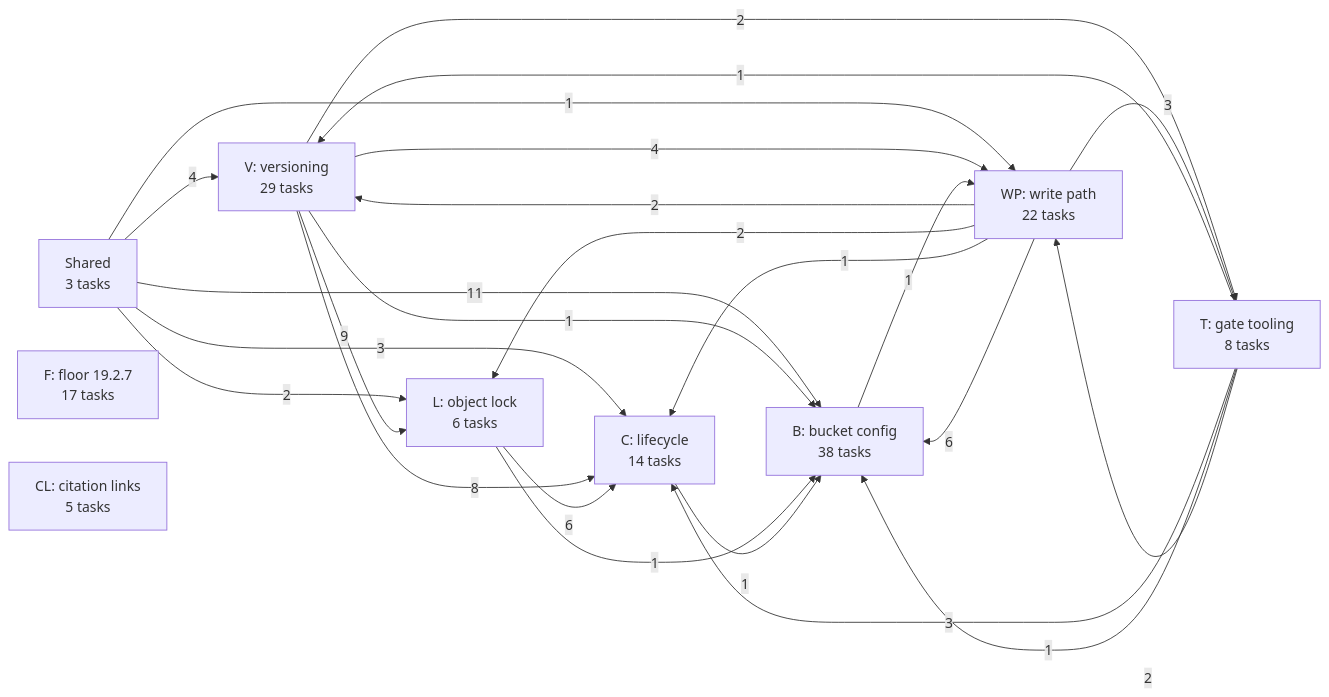
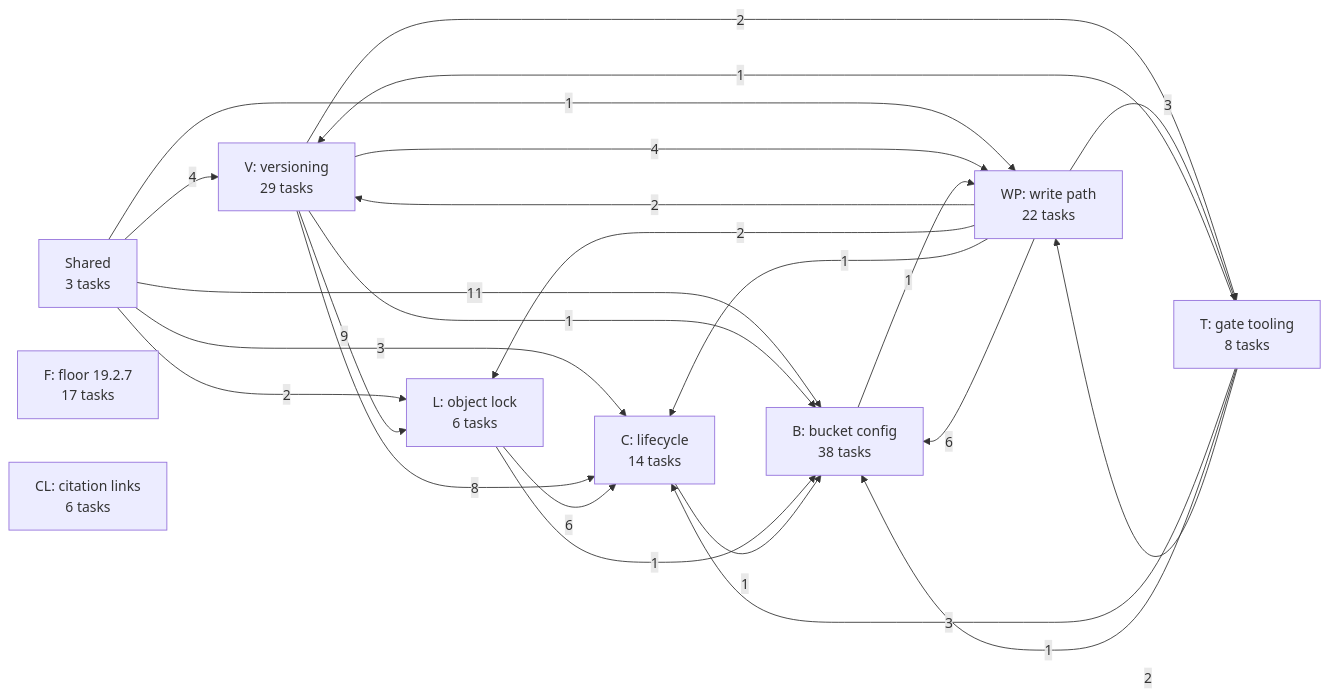
One commit to jhoblitt/rgw-go changed the first of 10 diagrams in docs/superpowers/plans/2026-10-13-phase-2/dependencies.md. Above: the diagram before and after it, drawn with Mermaid. The commit also changed other lines of this file, not shown here.

Commit message:
docs(plan): regenerate the dependency graph for CL6

````diff
--- a/docs/superpowers/plans/2026-10-13-phase-2/dependencies.md
+++ b/docs/superpowers/plans/2026-10-13-phase-2/dependencies.md
@@ -13,35 +13,35 @@
 ```mermaid
 flowchart LR
   u_S["Shared<br/>3 tasks"]
   u_F["F: floor 19.2.7<br/>17 tasks"]
   u_V["V: versioning<br/>29 tasks"]
   u_L["L: object lock<br/>6 tasks"]
   u_C["C: lifecycle<br/>14 tasks"]
   u_B["B: bucket config<br/>38 tasks"]
   u_WP["WP: write path<br/>22 tasks"]
   u_T["T: gate tooling<br/>8 tasks"]
-  u_CL["CL: citation links<br/>5 tasks"]
+  u_CL["CL: citation links<br/>6 tasks"]
   u_S -->|4| u_V
   u_S -->|2| u_L
   u_S -->|3| u_C
   u_S -->|11| u_B
   u_S -->|1| u_WP
   u_V -->|9| u_L
   u_V -->|8| u_C
   u_V -->|1| u_B
   u_V -->|4| u_WP
   u_V -->|2| u_T
   u_L -->|6| u_C
   u_L -->|1| u_B
   u_C -->|1| u_B
   u_B -->|1| u_WP
   u_WP -->|2| u_V
   u_WP -->|2| u_L
   u_WP -->|1| u_C
   u_WP -->|6| u_B
   u_WP -->|3| u_T
   u_T -->|1| u_V
   u_T -->|3| u_C
   u_T -->|1| u_B
   u_T -->|2| u_WP
 ```
````
